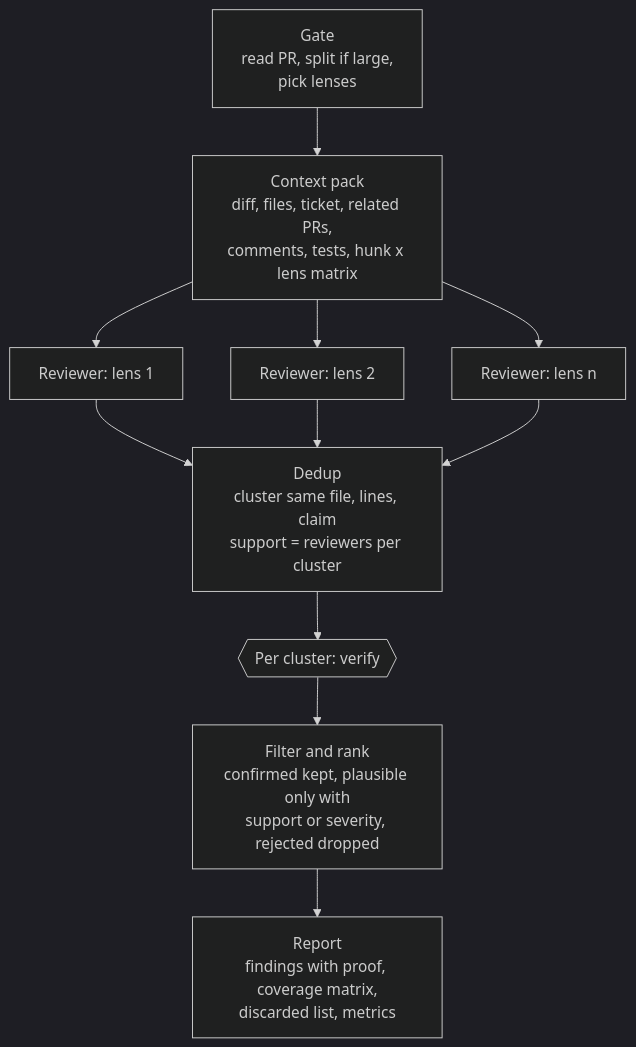
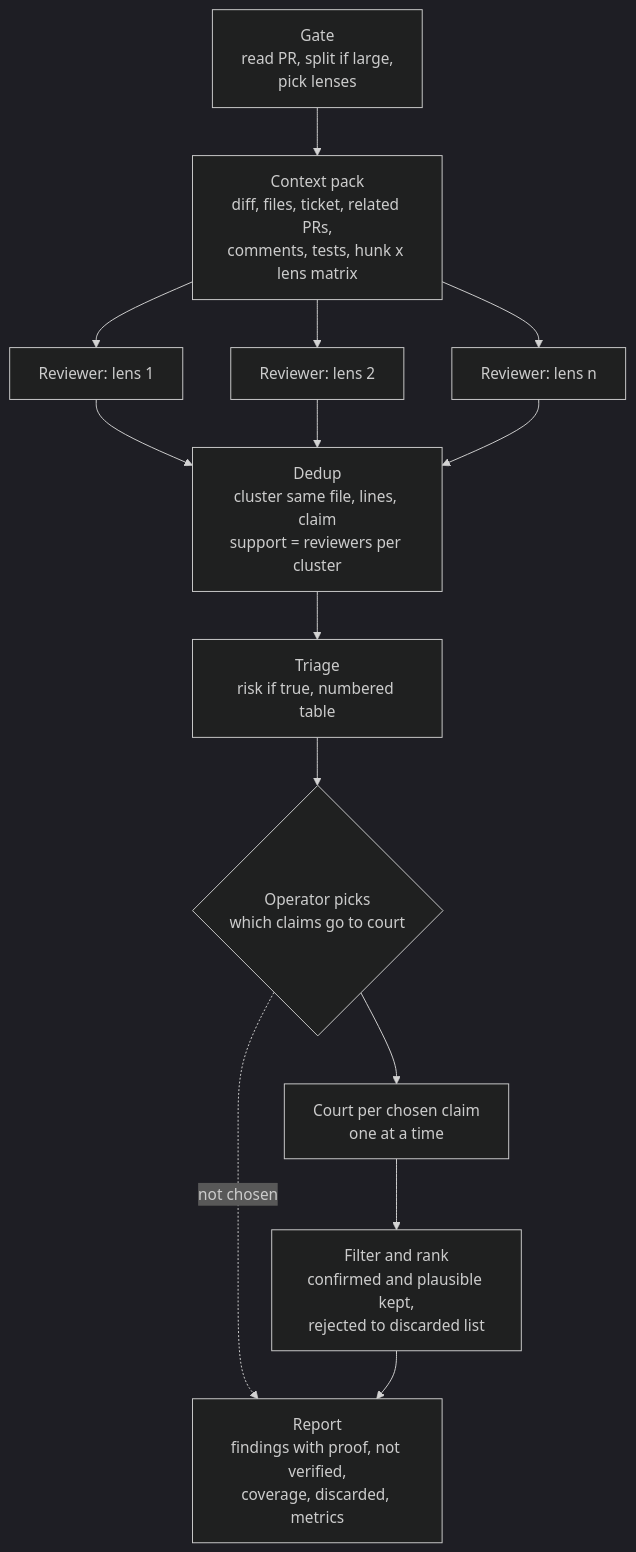
Before and after one commit to gowikel/review-ensemble: the first of 2 diagrams in README.md, drawn with Mermaid (dark theme). The commit also changed other lines of this file and 1 other file, not shown here.

Commit message:
Add operator triage and a judge-run court with test validation

````diff
--- a/README.md
+++ b/README.md
@@ -24,13 +24,16 @@
 ```mermaid
 flowchart TD
     A[Gate<br/>read PR, split if large,<br/>pick lenses] --> B[Context pack<br/>diff, files, ticket, related PRs,<br/>comments, tests, hunk x lens matrix]
     B --> C1[Reviewer: lens 1]
     B --> C2[Reviewer: lens 2]
     B --> Cn[Reviewer: lens n]
     C1 --> D[Dedup<br/>cluster same file, lines, claim<br/>support = reviewers per cluster]
     C2 --> D
     Cn --> D
-    D --> E{{Per cluster: verify}}
-    E --> F[Filter and rank<br/>confirmed kept, plausible only with<br/>support or severity, rejected dropped]
-    F --> G[Report<br/>findings with proof, coverage matrix,<br/>discarded list, metrics]
+    D --> T[Triage<br/>risk if true, numbered table]
+    T --> O{Operator picks<br/>which claims go to court}
+    O --> E[Court per chosen claim<br/>one at a time]
+    O -.->|not chosen| G
+    E --> F[Filter and rank<br/>confirmed and plausible kept,<br/>rejected to discarded list]
+    F --> G[Report<br/>findings with proof, not verified,<br/>coverage, discarded, metrics]
 ```
````
